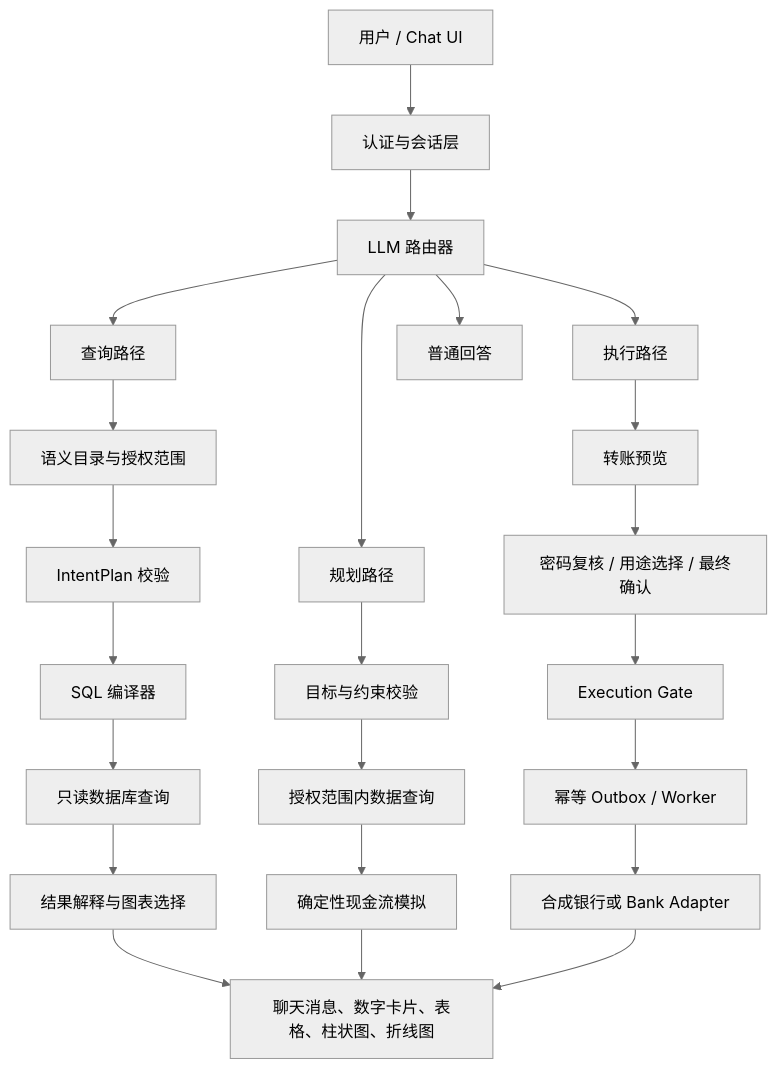
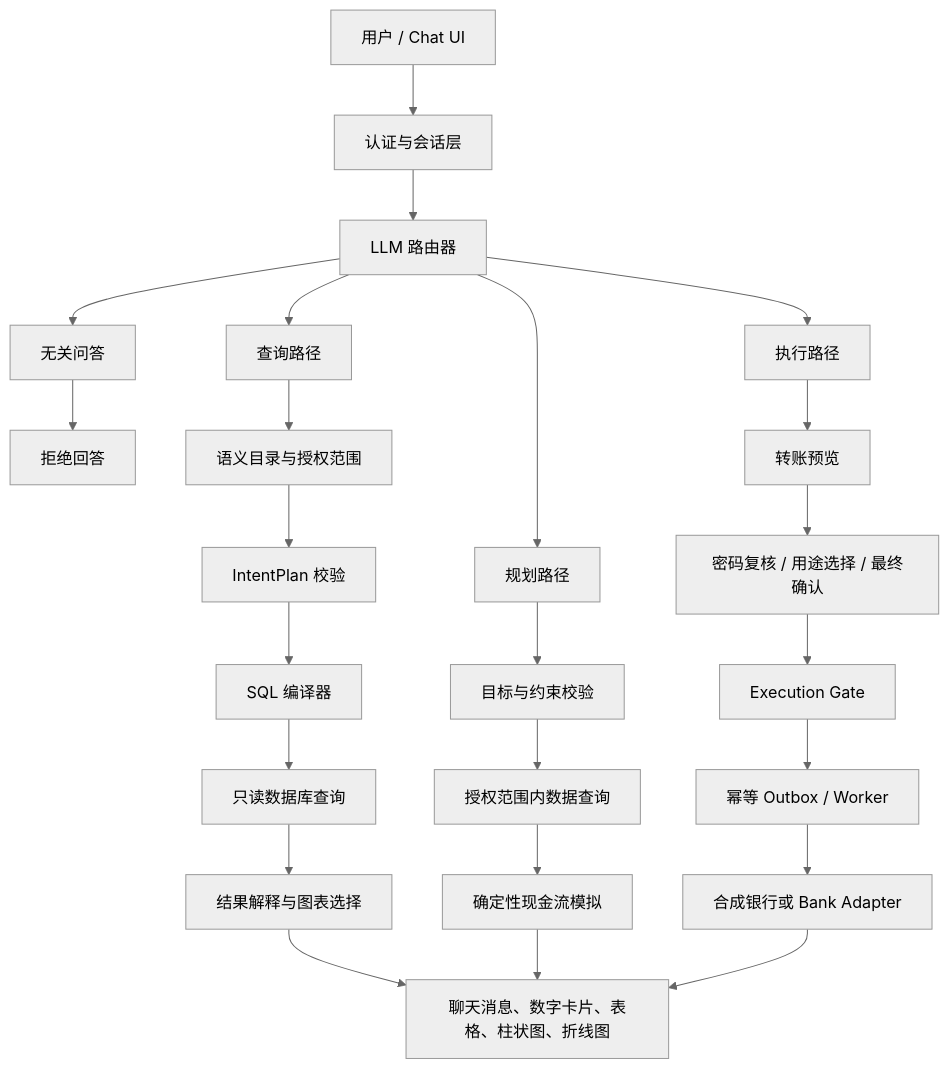
Before and after one commit to Undertaker2077/FutureLedger: the diagram in docs/技术文档_系统架构与核心算法.md, drawn with Mermaid (neutral theme). The commit also changed other lines of this file, not shown here.

Commit message:
docs: route unrelated questions to refusal

````diff
--- a/docs/技术文档_系统架构与核心算法.md
+++ b/docs/技术文档_系统架构与核心算法.md
@@ -20,29 +20,30 @@
 ```mermaid
 flowchart TD
     U[用户 / Chat UI] --> AUTH[认证与会话层]
     AUTH --> ROUTER[LLM 路由器]
     ROUTER --> Q[查询路径]
     ROUTER --> X[执行路径]
     ROUTER --> P[规划路径]
-    ROUTER --> N[普通回答]
+    ROUTER --> N[无关问答]
+    N --> R[拒绝回答]
 
     Q --> CAT[语义目录与授权范围]
     CAT --> IP[IntentPlan 校验]
     IP --> COMP[SQL 编译器]
     COMP --> RO[只读数据库查询]
     RO --> RESULT[结果解释与图表选择]
 
     X --> PREVIEW[转账预览]
     PREVIEW --> AUTH2[密码复核 / 用途选择 / 最终确认]
     AUTH2 --> GATE[Execution Gate]
     GATE --> OUTBOX[幂等 Outbox / Worker]
     OUTBOX --> BANK[合成银行或 Bank Adapter]
 
     P --> GOAL[目标与约束校验]
     GOAL --> DATA[授权范围内数据查询]
     DATA --> SIM[确定性现金流模拟]
 
     RESULT --> UI[聊天消息、数字卡片、表格、柱状图、折线图]
     SIM --> UI
     BANK --> UI
 ```
````
